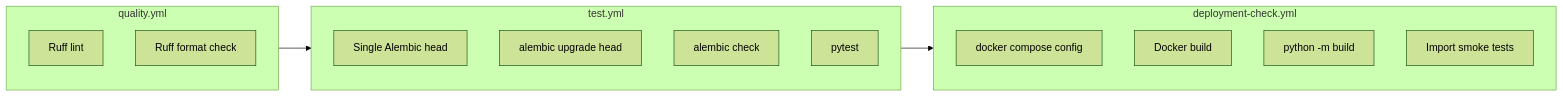
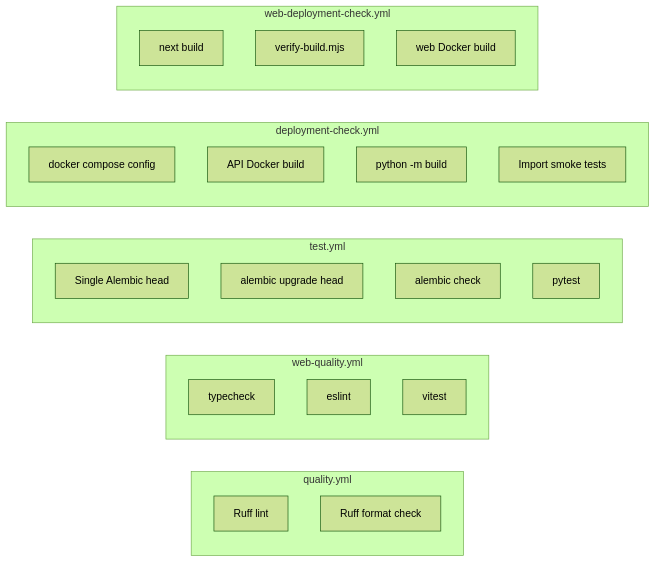
One commit to SandeebAdhikari/venture-studio changed the diagram in docs/ci.md. Above: the diagram before and after it, drawn with Mermaid (forest theme). The commit also changed other lines of this file and 15 other files, not shown here.

First line of the commit message:
feat: Add frontend CI/CD with typecheck, lint, build, and Docker validation

````diff
--- a/docs/ci.md
+++ b/docs/ci.md
@@ -9,24 +20,33 @@
 ```mermaid
 flowchart LR
   subgraph quality [quality.yml]
     RuffLint[Ruff lint]
     RuffFmt[Ruff format check]
+  end
+
+  subgraph webQuality [web-quality.yml]
+    TS[typecheck]
+    ESLint[eslint]
+    Vitest[vitest]
   end
 
   subgraph test [test.yml]
     MigHead[Single Alembic head]
     MigUp[alembic upgrade head]
     MigCheck[alembic check]
     Pytest[pytest]
   end
 
   subgraph deploy [deployment-check.yml]
     Compose[docker compose config]
-    DockerBuild[Docker build]
+    DockerBuild[API Docker build]
     PkgBuild[python -m build]
     ImportCheck[Import smoke tests]
   end
 
-  quality --> test
-  test --> deploy
+  subgraph webDeploy [web-deployment-check.yml]
+    NextBuild[next build]
+    VerifyRoutes[verify-build.mjs]
+    WebDocker[web Docker build]
+  end
 ```
````
